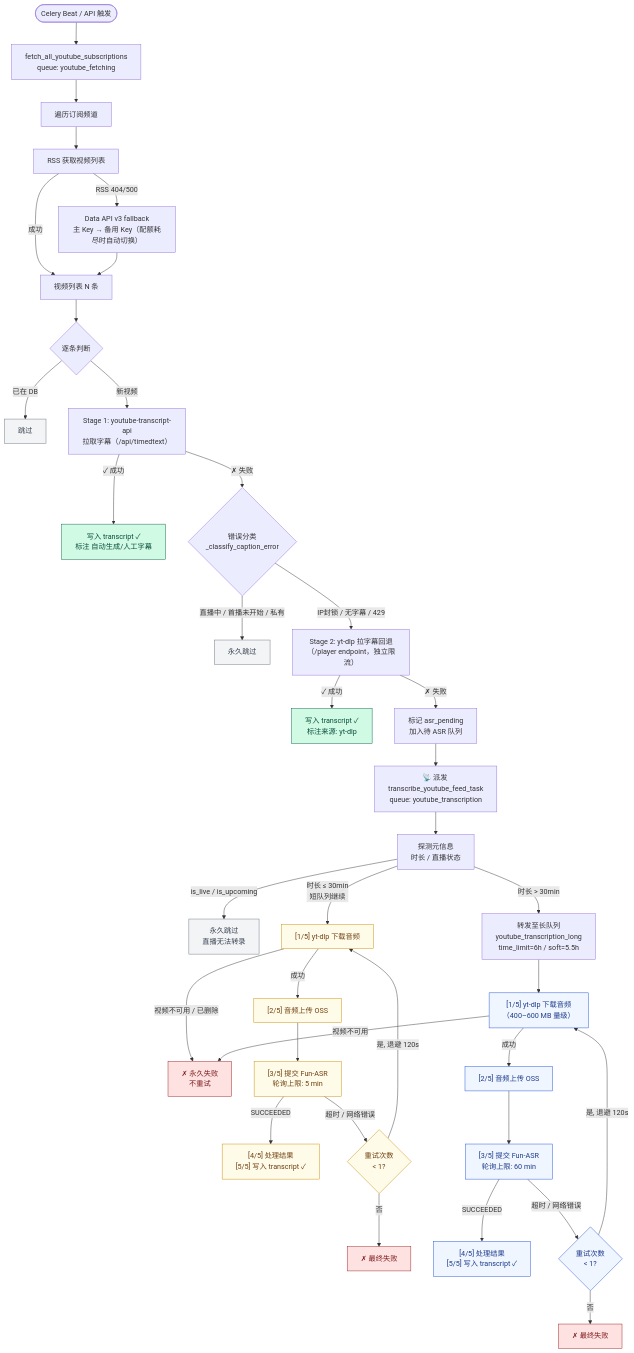
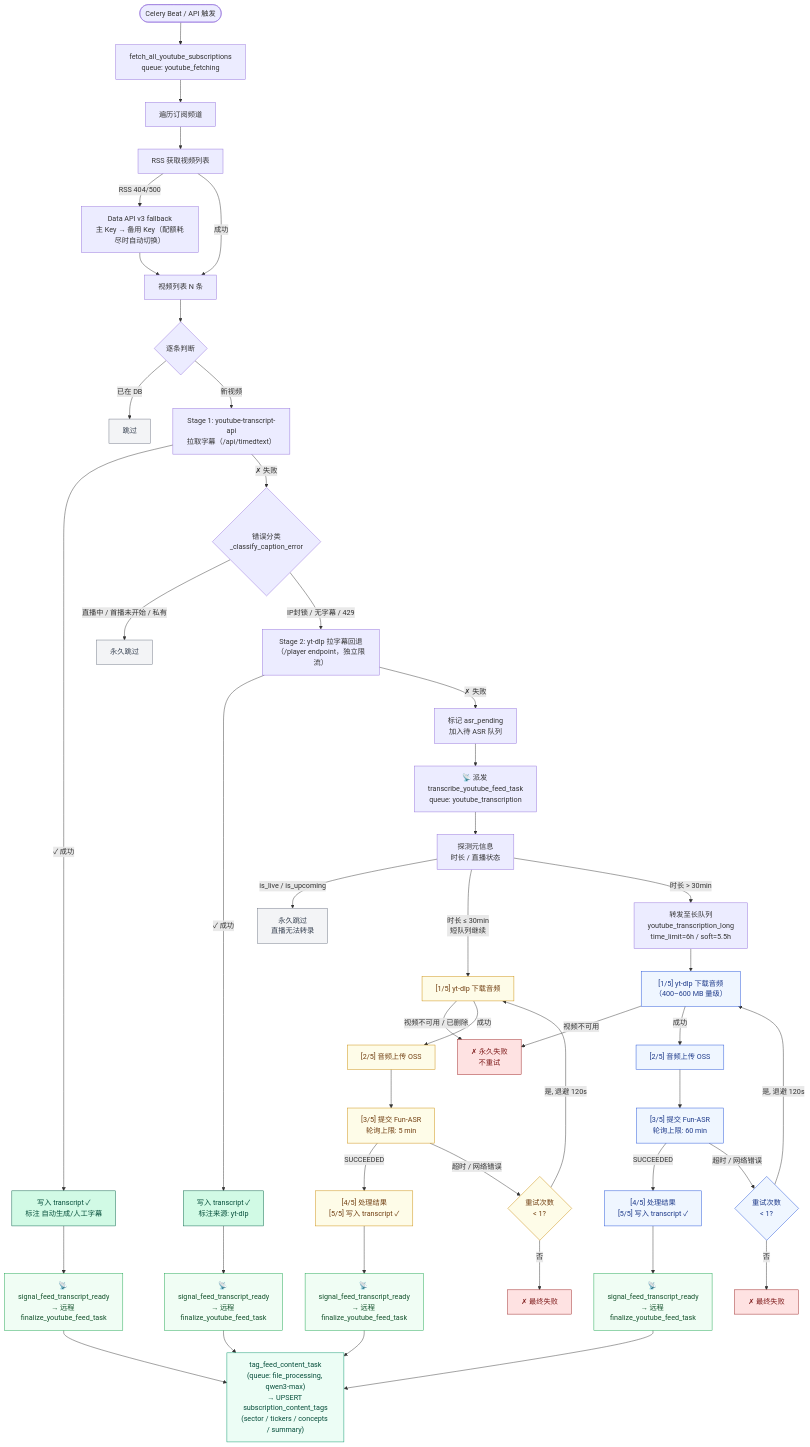
Before and after one commit to solterra2888/LocalVirtualService: the first of 2 diagrams in README.md, drawn with Mermaid. The commit also changed other lines of this file, not shown here.

````diff
--- a/README.md
+++ b/README.md
@@ -106,57 +129,72 @@
 ```mermaid
 flowchart TD
     A([Celery Beat / API 触发]) --> B[fetch_all_youtube_subscriptions<br/>queue: youtube_fetching]
     B --> C[遍历订阅频道]
     C --> D[RSS 获取视频列表]
     D -->|RSS 404/500| E["Data API v3 fallback<br/>主 Key → 备用 Key（配额耗尽时自动切换）"]
     D -->|成功| F[视频列表 N 条]
     E --> F
     F --> G{逐条判断}
     G -->|已在 DB| H[跳过]
     G -->|新视频| I["Stage 1: youtube-transcript-api<br/>拉取字幕（/api/timedtext）"]
 
     I -->|✓ 成功| J[写入 transcript ✓<br/>标注 自动生成/人工字幕]
     I -->|✗ 失败| K{错误分类<br/>_classify_caption_error}
 
     K -->|直播中 / 首播未开始 / 私有| L[永久跳过]
     K -->|IP封锁 / 无字幕 / 429| I2["Stage 2: yt-dlp 拉字幕回退<br/>（/player endpoint，独立限流）"]
 
     I2 -->|✓ 成功| J2[写入 transcript ✓<br/>标注来源: yt-dlp]
     I2 -->|✗ 失败| M[标记 asr_pending<br/>加入待 ASR 队列]
 
     M --> N["📡 派发 transcribe_youtube_feed_task<br/>queue: youtube_transcription"]
 
     N --> META["探测元信息<br/>时长 / 直播状态"]
     META -->|is_live / is_upcoming| LIVE[永久跳过<br/>直播无法转录]
     META -->|时长 ≤ 30min<br/>短队列继续| SHORT_DL
 
     META -->|时长 > 30min| REROUTE["转发至长队列<br/>youtube_transcription_long<br/>time_limit=6h / soft=5.5h"]
     REROUTE --> LONG_DL
 
     SHORT_DL["[1/5] yt-dlp 下载音频"] -->|视频不可用 / 已删除| PFAIL[✗ 永久失败<br/>不重试]
     SHORT_DL -->|成功| SHORT_UP["[2/5] 音频上传 OSS"]
     SHORT_UP --> SHORT_ASR["[3/5] 提交 Fun-ASR<br/>轮询上限: 5 min"]
     SHORT_ASR -->|SUCCEEDED| SHORT_SAVE["[4/5] 处理结果<br/>[5/5] 写入 transcript ✓"]
     SHORT_ASR -->|超时 / 网络错误| SHORT_RETRY{重试次数<br/>< 1?}
     SHORT_RETRY -->|是, 退避 120s| SHORT_DL
     SHORT_RETRY -->|否| SFAIL[✗ 最终失败]
 
     LONG_DL["[1/5] yt-dlp 下载音频<br/>（400–600 MB 量级）"] -->|视频不可用| PFAIL
     LONG_DL -->|成功| LONG_UP["[2/5] 音频上传 OSS"]
     LONG_UP --> LONG_ASR["[3/5] 提交 Fun-ASR<br/>轮询上限: 60 min"]
     LONG_ASR -->|SUCCEEDED| LONG_SAVE["[4/5] 处理结果<br/>[5/5] 写入 transcript ✓"]
     LONG_ASR -->|超时 / 网络错误| LONG_RETRY{重试次数<br/>< 1?}
     LONG_RETRY -->|是, 退避 120s| LONG_DL
     LONG_RETRY -->|否| LFAIL[✗ 最终失败]
 
+    %% ── Phase 3 新增: 字幕/ASR 落库后自动触发 Feeds AI 打标 ──
+    J    --> SIGNAL_API["📡 signal_feed_transcript_ready<br/>→ 远程 finalize_youtube_feed_task"]
+    J2   --> SIGNAL_YTDLP["📡 signal_feed_transcript_ready<br/>→ 远程 finalize_youtube_feed_task"]
+    SHORT_SAVE --> SIGNAL_SHORT["📡 signal_feed_transcript_ready<br/>→ 远程 finalize_youtube_feed_task"]
+    LONG_SAVE  --> SIGNAL_LONG["📡 signal_feed_transcript_ready<br/>→ 远程 finalize_youtube_feed_task"]
+
+    SIGNAL_API   --> AUTOTAG["tag_feed_content_task<br/>(queue: file_processing, qwen3-max)<br/>→ UPSERT subscription_content_tags<br/>(sector / tickers / concepts / summary)"]
+    SIGNAL_YTDLP --> AUTOTAG
+    SIGNAL_SHORT --> AUTOTAG
+    SIGNAL_LONG  --> AUTOTAG
+
     classDef ok fill:#d1fae5,stroke:#065f46,color:#064e3b;
     classDef fail fill:#fee2e2,stroke:#991b1b,color:#7f1d1d;
     classDef skip fill:#f3f4f6,stroke:#6b7280,color:#374151;
     classDef long fill:#eff6ff,stroke:#1d4ed8,color:#1e3a8a;
     classDef short fill:#fefce8,stroke:#ca8a04,color:#713f12;
+    classDef signal fill:#f0fdf4,stroke:#16a34a,color:#14532d;
+    classDef autotag fill:#ecfdf5,stroke:#059669,color:#064e3b;
     class J,J2,SHORT_SAVE,LONG_SAVE ok;
     class PFAIL,SFAIL,LFAIL fail;
     class H,L,LIVE skip;
     class LONG_DL,LONG_UP,LONG_ASR,LONG_SAVE,LONG_RETRY long;
     class SHORT_DL,SHORT_UP,SHORT_ASR,SHORT_SAVE,SHORT_RETRY short;
+    class SIGNAL_API,SIGNAL_YTDLP,SIGNAL_SHORT,SIGNAL_LONG signal;
+    class AUTOTAG autotag;
 ```
````
